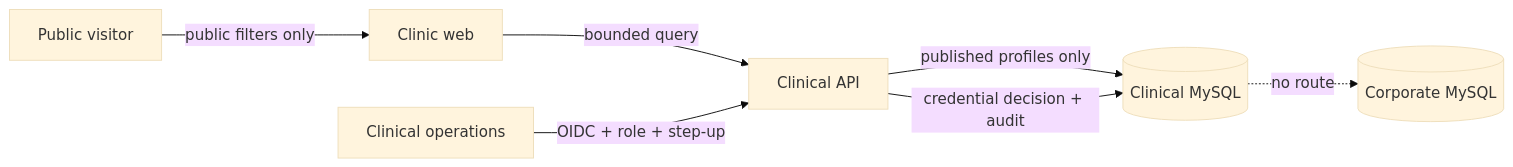
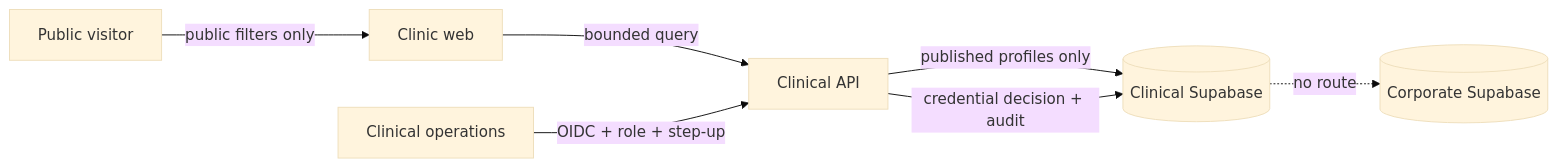
The first of 3 diagrams in docs/threat-models/stage-01-high-risk-flows.md (raim93-ai/budimind), drawn with Mermaid (base theme) before and after one commit. The commit also changed other lines of this file and 23 other files, not shown here.

````diff
--- a/docs/threat-models/stage-01-high-risk-flows.md
+++ b/docs/threat-models/stage-01-high-risk-flows.md
@@ -29,9 +29,9 @@
 ```mermaid
 flowchart LR
   V[Public visitor] -->|public filters only| W[Clinic web]
   W -->|bounded query| A[Clinical API]
-  A -->|published profiles only| D[(Clinical MySQL)]
+  A -->|published profiles only| D[(Clinical Supabase)]
   O[Clinical operations] -->|OIDC + role + step-up| A
   A -->|credential decision + audit| D
-  D -. no route .-> C[(Corporate MySQL)]
+  D -. no route .-> C[(Corporate Supabase)]
 ```
````
